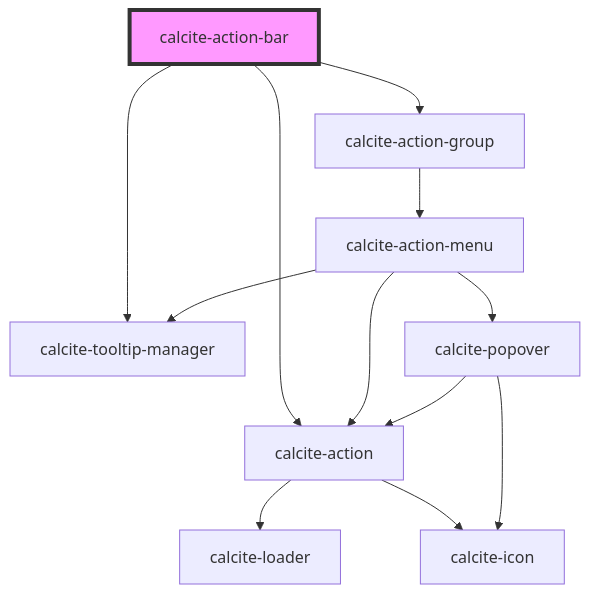
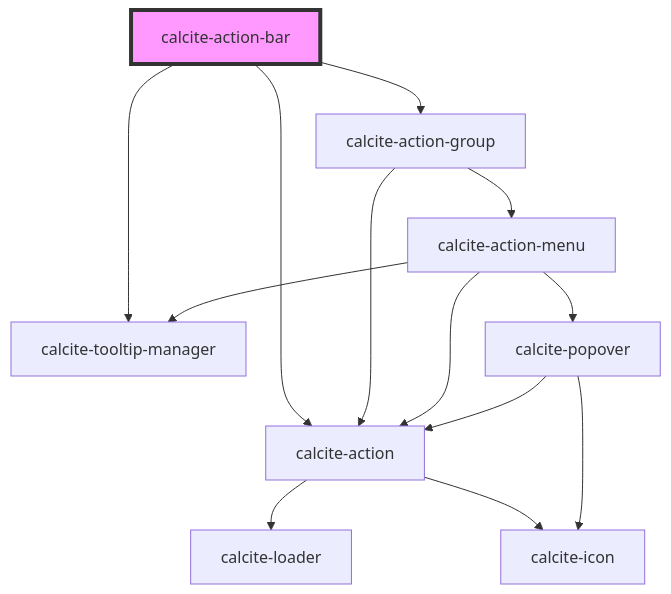
One commit to vikivakarvc/calcite-design-system changed the diagram in src/components/calcite-action-bar/readme.md. Above: the diagram before and after it, drawn with Mermaid. The commit also changed 5 other files, not shown here.

````diff
--- a/src/components/calcite-action-bar/readme.md
+++ b/src/components/calcite-action-bar/readme.md
@@ -107,15 +107,16 @@
 ```mermaid
 graph TD;
   calcite-action-bar --> calcite-action-group
   calcite-action-bar --> calcite-action
   calcite-action-bar --> calcite-tooltip-manager
   calcite-action-group --> calcite-action-menu
+  calcite-action-group --> calcite-action
   calcite-action-menu --> calcite-action
   calcite-action-menu --> calcite-tooltip-manager
   calcite-action-menu --> calcite-popover
   calcite-action --> calcite-loader
   calcite-action --> calcite-icon
   calcite-popover --> calcite-action
   calcite-popover --> calcite-icon
   style calcite-action-bar fill:#f9f,stroke:#333,stroke-width:4px
 ```
````
